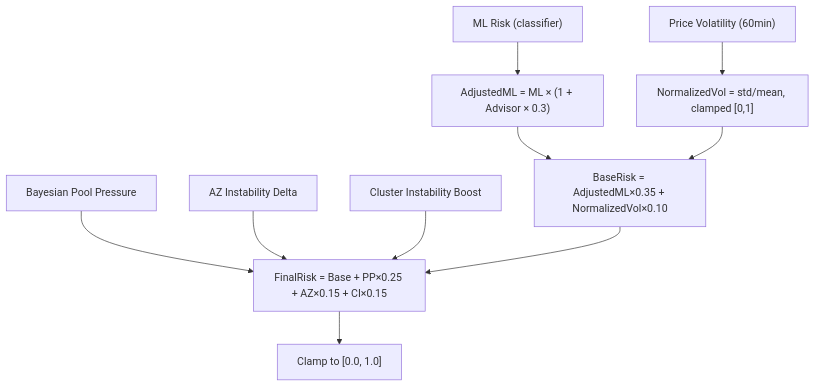
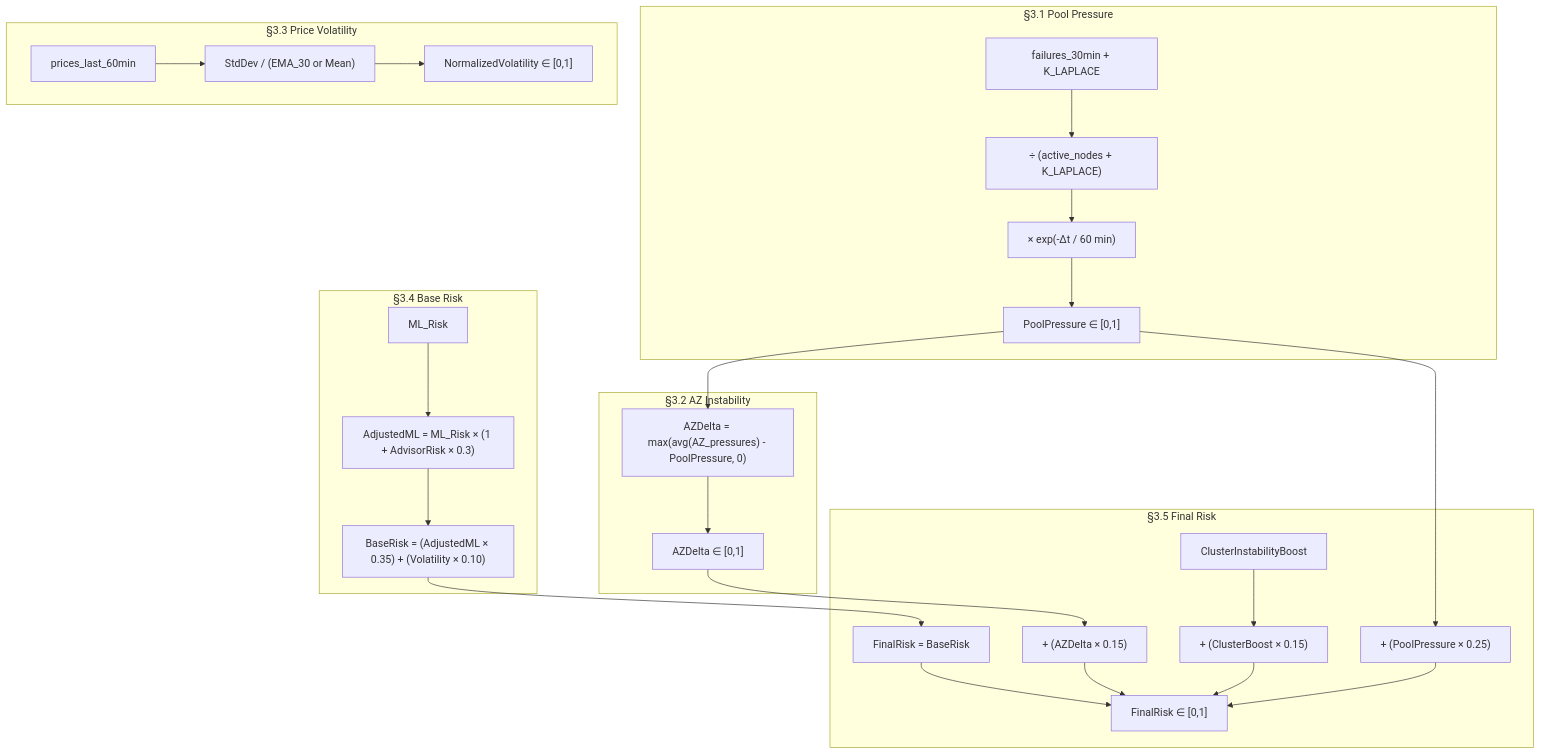
One commit to atharva0608/final-ml changed the third of 16 diagrams in documents/logic.md. Above: the diagram before and after it, drawn with Mermaid. The commit also changed other lines of this file and 93 other files, not shown here.

````diff
--- a/documents/logic.md
+++ b/documents/logic.md
@@ -200,12 +201,34 @@
 ```mermaid
 flowchart TD
-    ML["ML Risk (classifier)"] --> ADJ["AdjustedML = ML × (1 + Advisor × 0.3)"]
-    VOL["Price Volatility (60min)"] --> NV["NormalizedVol = std/mean, clamped [0,1]"]
-    ADJ --> BR["BaseRisk = AdjustedML×0.35 + NormalizedVol×0.10"]
-    NV --> BR
-    PP["Bayesian Pool Pressure"] --> FR["FinalRisk = Base + PP×0.25 + AZ×0.15 + CI×0.15"]
-    AZ["AZ Instability Delta"] --> FR
-    CI["Cluster Instability Boost"] --> FR
-    BR --> FR
-    FR --> CLAMP["Clamp to [0.0, 1.0]"]
+    subgraph "§3.1 Pool Pressure"
+        F1["failures_30min + K_LAPLACE"] --> DIV["÷ (active_nodes + K_LAPLACE)"]
+        DIV --> DECAY["× exp(-Δt / 60 min)"]
+        DECAY --> PP["PoolPressure ∈ [0,1]"]
+    end
+
+    subgraph "§3.2 AZ Instability"
+        PP --> AZ["AZDelta = max(avg(AZ_pressures) - PoolPressure, 0)"]
+        AZ --> AZR["AZDelta ∈ [0,1]"]
+    end
+
+    subgraph "§3.3 Price Volatility"
+        PRICES["prices_last_60min"] --> VOL["StdDev / (EMA_30 or Mean)"]
+        VOL --> NV["NormalizedVolatility ∈ [0,1]"]
+    end
+
+    subgraph "§3.4 Base Risk"
+        ML["ML_Risk"] --> ADJ["AdjustedML = ML_Risk × (1 + AdvisorRisk × 0.3)"]
+        ADJ --> BR["BaseRisk = (AdjustedML × 0.35) + (Volatility × 0.10)"]
+    end
+
+    subgraph "§3.5 Final Risk"
+        BR --> FR["FinalRisk = BaseRisk"]
+        PP --> FR2["+ (PoolPressure × 0.25)"]
+        AZR --> FR3["+ (AZDelta × 0.15)"]
+        CB["ClusterInstabilityBoost"] --> FR4["+ (ClusterBoost × 0.15)"]
+        FR --> FINAL["FinalRisk ∈ [0,1]"]
+        FR2 --> FINAL
+        FR3 --> FINAL
+        FR4 --> FINAL
+    end
 ```
````
